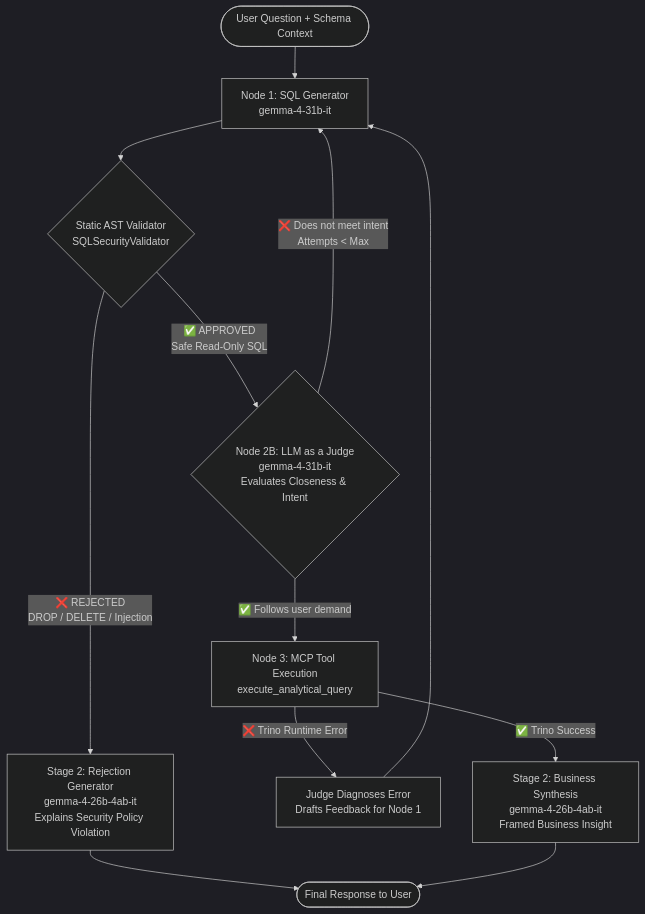
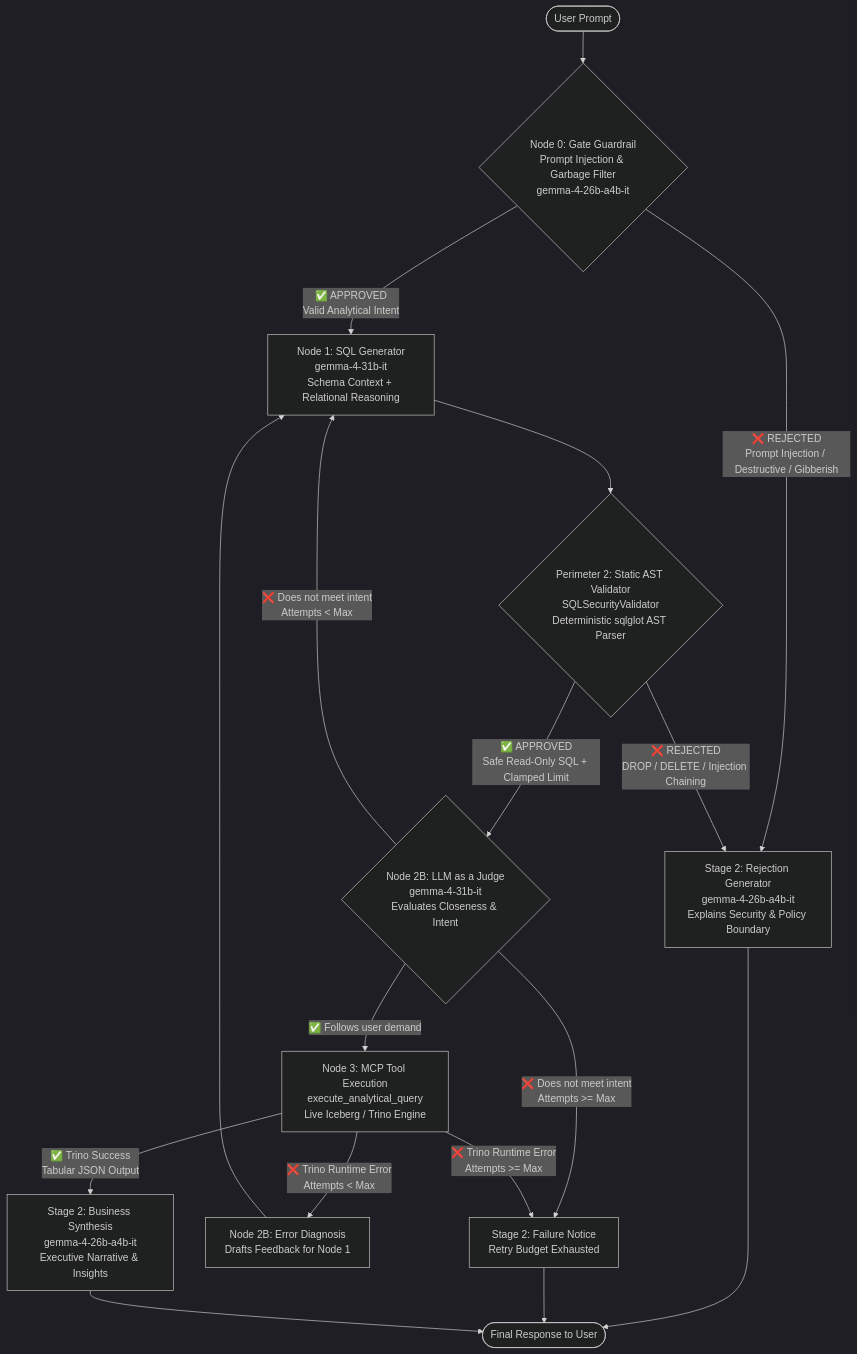
One commit to CODEsane04/Enterprise-streaming-Lakehouse changed the diagram in eng_4.md. Above: the diagram before and after it, drawn with Mermaid (dark theme). The commit also changed other lines of this file and 12 other files, not shown here.

Commit message:
feat(engineer-4): implement phase 4 langgraph agent with dual-perimeter security and live evaluation harness

````diff
--- a/eng_4.md
+++ b/eng_4.md
@@ -102,24 +102,39 @@
 ```mermaid
 flowchart TD
-    User([User Question + Schema Context]) --> N1[Node 1: SQL Generator<br/>gemma-4-31b-it]
+    User([User Prompt]) --> Gate{Node 0: Gate Guardrail<br/>Prompt Injection & Garbage Filter<br/>gemma-4-26b-a4b-it}
     
-    N1 --> Sec{Static AST Validator<br/>SQLSecurityValidator}
+    %% Perimeter 1 Rejection
+    Gate -->|❌ REJECTED<br/>Prompt Injection / Destructive / Gibberish| SynthSec[Stage 2: Rejection Generator<br/>gemma-4-26b-a4b-it<br/>Explains Security & Policy Boundary]
     
-    %% Security Rejection Path
-    Sec -->|❌ REJECTED<br/>DROP / DELETE / Injection| SynthSec[Stage 2: Rejection Generator<br/>gemma-4-26b-4ab-it<br/>Explains Security Policy Violation]
+    %% Perimeter 1 Approved -> Enters Analytical Engine
+    Gate -->|✅ APPROVED<br/>Valid Analytical Intent| N1[Node 1: SQL Generator<br/>gemma-4-31b-it<br/>Schema Context + Relational Reasoning]
+    
+    %% Perimeter 2: Deterministic AST Firewall
+    N1 --> Sec{Perimeter 2: Static AST Validator<br/>SQLSecurityValidator<br/>Deterministic sqlglot AST Parser}
+    
+    %% AST Rejection Path
+    Sec -->|❌ REJECTED<br/>DROP / DELETE / Injection Chaining| SynthSec
+    
+    %% AST Approved Path
+    Sec -->|✅ APPROVED<br/>Safe Read-Only SQL + Clamped Limit| Judge{Node 2B: LLM as a Judge<br/>gemma-4-31b-it<br/>Evaluates Closeness & Intent}
+    
+    %% Judge Reflection Loop
+    Judge -->|❌ Does not meet intent<br/>Attempts < Max| N1
+    Judge -->|❌ Does not meet intent<br/>Attempts >= Max| Fail[Stage 2: Failure Notice<br/>Retry Budget Exhausted]
+    
+    %% Judge Approved -> Live Execution
+    Judge -->|✅ Follows user demand| Exec[Node 3: MCP Tool Execution<br/>execute_analytical_query<br/>Live Iceberg / Trino Engine]
+    
+    %% Self-Healing Execution Recovery Loop
+    Exec -->|❌ Trino Runtime Error<br/>Attempts < Max| JudgeFix[Node 2B: Error Diagnosis<br/>Drafts Feedback for Node 1]
+    JudgeFix --> N1
+    Exec -->|❌ Trino Runtime Error<br/>Attempts >= Max| Fail
+    
+    %% Execution Success -> Business Answer
+    Exec -->|✅ Trino Success<br/>Tabular JSON Output| SynthAns[Stage 2: Business Synthesis<br/>gemma-4-26b-a4b-it<br/>Executive Narrative & Insights]
+    
+    %% Terminal Endpoints
     SynthSec --> End([Final Response to User])
-    
-    %% Security Approved Path
-    Sec -->|✅ APPROVED<br/>Safe Read-Only SQL| Judge{Node 2B: LLM as a Judge<br/>gemma-4-31b-it<br/>Evaluates Closeness & Intent}
-    
-    %% Judge Semantic Check
-    Judge -->|❌ Does not meet intent<br/>Attempts < Max| N1
-    Judge -->|✅ Follows user demand| Exec[Node 3: MCP Tool Execution<br/>execute_analytical_query]
-    
-    %% Trino Execution Check
-    Exec -->|❌ Trino Runtime Error| JudgeFix[Judge Diagnoses Error<br/>Drafts Feedback for Node 1]
-    JudgeFix --> N1
-    
-    Exec -->|✅ Trino Success| SynthAns[Stage 2: Business Synthesis<br/>gemma-4-26b-4ab-it<br/>Framed Business Insight]
+    Fail --> End
     SynthAns --> End
 ```
````
